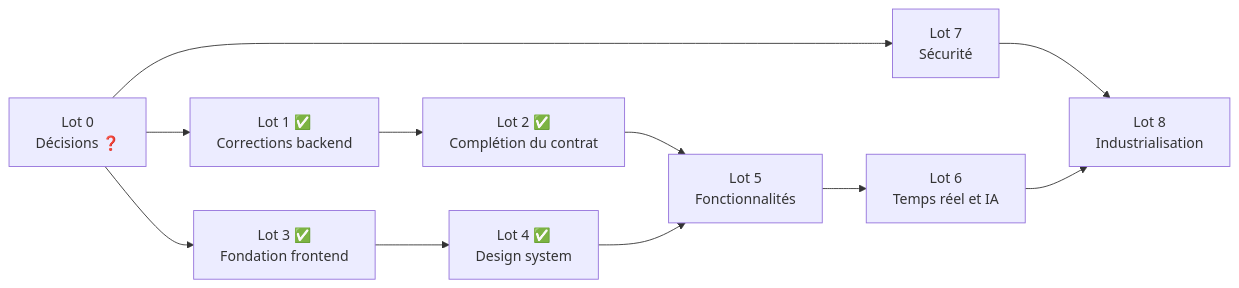
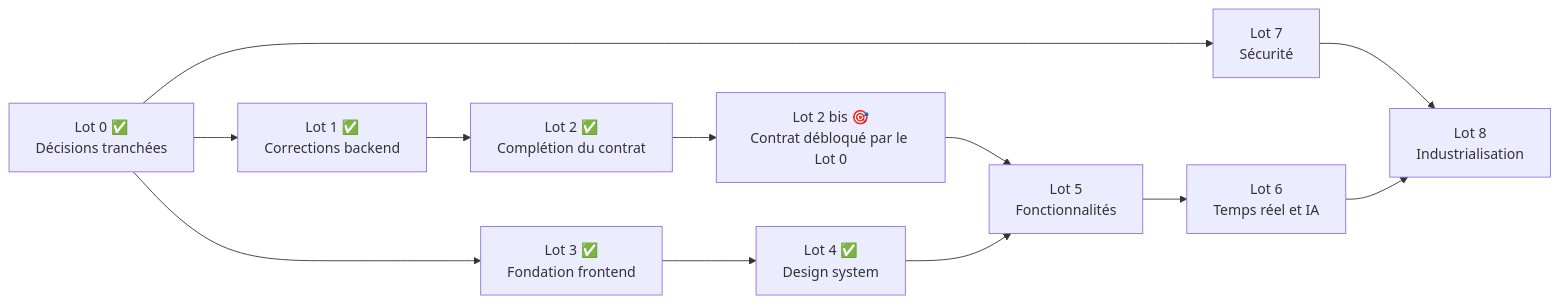
The first of 2 diagrams in doc/IMPLEMENTATION-PLAN.md (benamarfaiez/AssetFlow_Core), drawn with Mermaid before and after one commit. The commit also changed other lines of this file and 6 other files, not shown here.

````diff
--- a/doc/IMPLEMENTATION-PLAN.md
+++ b/doc/IMPLEMENTATION-PLAN.md
@@ -41,13 +42,14 @@
 ```mermaid
 flowchart LR
-    L0["Lot 0<br/>Décisions ❓"] --> L1["Lot 1 ✅<br/>Corrections backend"]
+    L0["Lot 0 ✅<br/>Décisions tranchées"] --> L1["Lot 1 ✅<br/>Corrections backend"]
     L0 --> L3["Lot 3 ✅<br/>Fondation frontend"]
     L1 --> L2["Lot 2 ✅<br/>Complétion du contrat"]
     L3 --> L4["Lot 4 ✅<br/>Design system"]
-    L2 --> L5["Lot 5<br/>Fonctionnalités"]
+    L2 --> L2B["Lot 2 bis 🎯<br/>Contrat débloqué par le Lot 0"]
+    L2B --> L5["Lot 5<br/>Fonctionnalités"]
     L4 --> L5
     L5 --> L6["Lot 6<br/>Temps réel et IA"]
     L0 --> L7["Lot 7<br/>Sécurité"]
     L7 --> L8["Lot 8<br/>Industrialisation"]
     L6 --> L8
 ```
````
